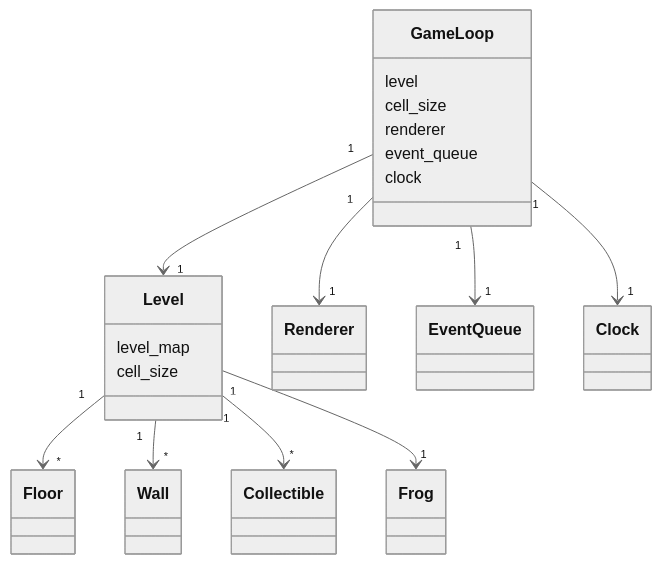
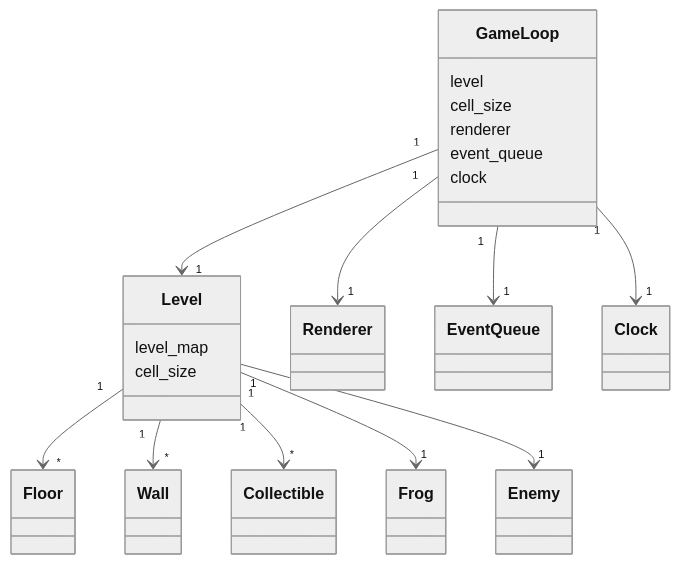
One commit to froghoarder/ot-harjoitustyo changed the first of 2 diagrams in pacman-game/documentation/architecture.md. Above: the diagram before and after it, drawn with Mermaid (neutral theme). The commit also changed other lines of this file, not shown here.

````diff
--- a/pacman-game/documentation/architecture.md
+++ b/pacman-game/documentation/architecture.md
@@ -2,22 +16,23 @@
 ```mermaid
 classDiagram
   GameLoop "1" --> "1" Level
   GameLoop "1" --> "1" Renderer
   GameLoop "1" --> "1" EventQueue
   GameLoop "1" --> "1" Clock
   Level "1" --> "*" Floor
   Level "1" --> "*" Wall
   Level "1" --> "*" Collectible
   Level "1" --> "1" Frog
+  Level "1" --> "1" Enemy
   class GameLoop{
       level
       cell_size
       renderer
       event_queue
       clock
     }
   class Level{
       level_map
       cell_size
     }
 ```
````
